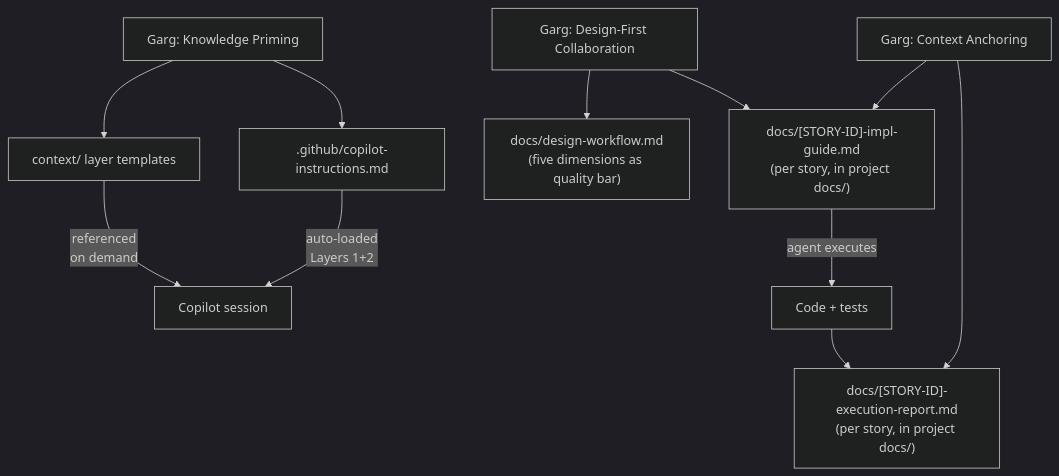
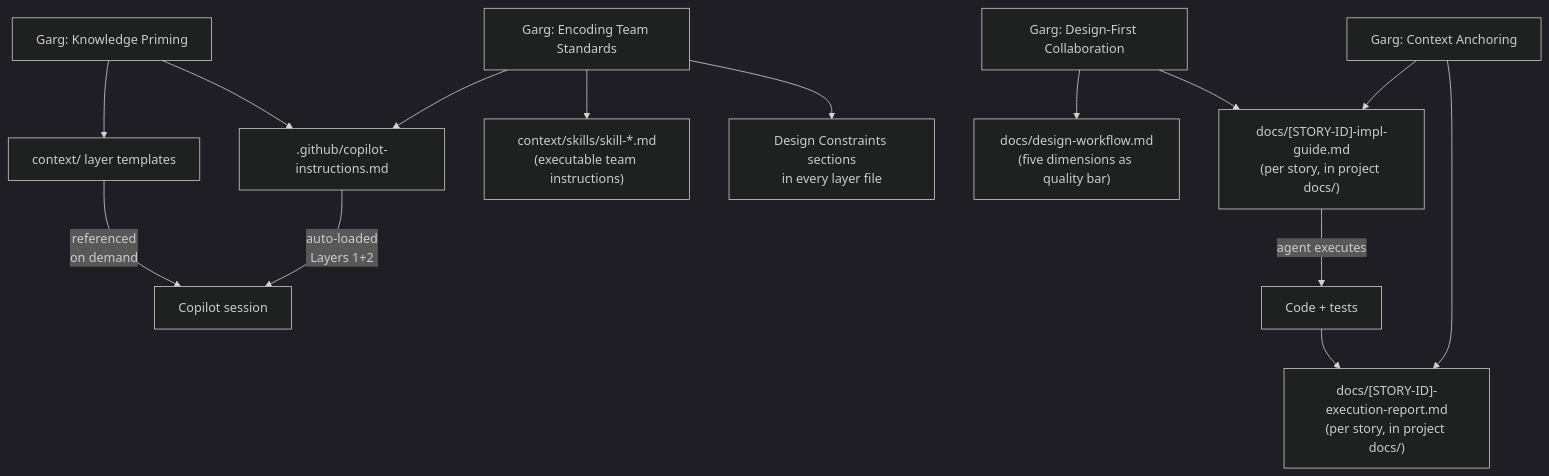
The first of 6 diagrams in docs/garg-mapping.md (andresdiegolanda/design-first-ai), drawn with Mermaid (dark theme) before and after one commit. The commit also changed other lines of this file and 8 other files, not shown here.

````diff
--- a/docs/garg-mapping.md
+++ b/docs/garg-mapping.md
@@ -23,16 +24,20 @@
 ```mermaid
 graph TD
     A["Garg: Knowledge Priming"] --> B["context/ layer templates"]
     A --> C[".github/copilot-instructions.md"]
 
     D["Garg: Design-First Collaboration"] --> E["docs/design-workflow.md\n(five dimensions as quality bar)"]
     D --> F["docs/[STORY-ID]-impl-guide.md\n(per story, in project docs/)"]
 
     G["Garg: Context Anchoring"] --> F
     G --> H["docs/[STORY-ID]-execution-report.md\n(per story, in project docs/)"]
 
+    TS["Garg: Encoding Team Standards"] --> C
+    TS --> SK["context/skills/skill-*.md\n(executable team instructions)"]
+    TS --> DC["Design Constraints sections\nin every layer file"]
+
     C -->|"auto-loaded\nLayers 1+2"| I["Copilot session"]
     B -->|"referenced\non demand"| I
     F -->|"agent executes"| J["Code + tests"]
     J --> H
 ```
````
